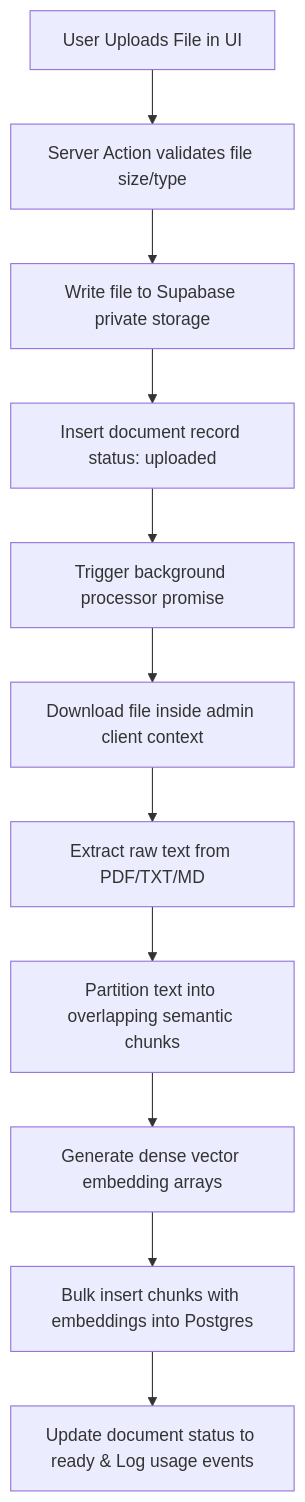
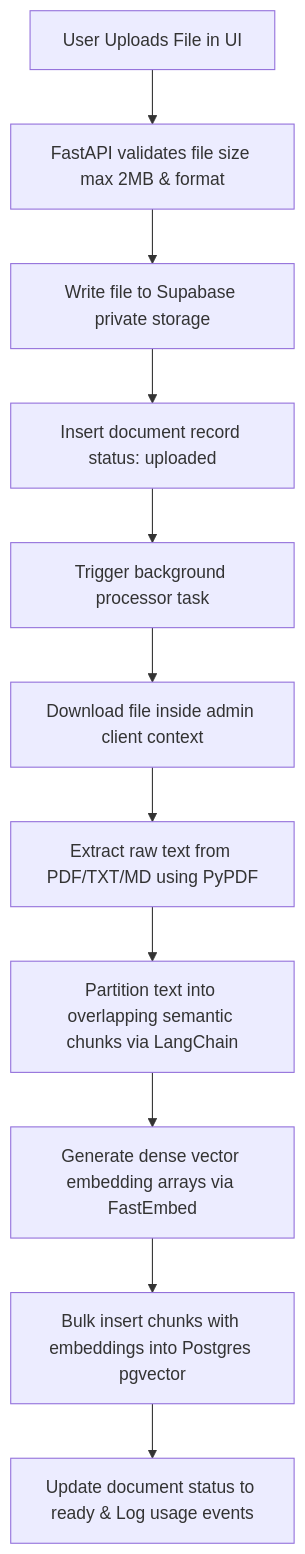
The first of 2 diagrams in README.md (madalapranavsai/RAG1), drawn with Mermaid before and after one commit. The commit also changed other lines of this file and 80 other files, not shown here.

````diff
--- a/README.md
+++ b/README.md
@@ -12,13 +12,13 @@
 ```mermaid
 flowchart TD
-    A[User Uploads File in UI] --> B[Server Action validates file size/type]
+    A[User Uploads File in UI] --> B[FastAPI validates file size max 2MB & format]
     B --> C[Write file to Supabase private storage]
     C --> D[Insert document record status: uploaded]
-    D --> E[Trigger background processor promise]
+    D --> E[Trigger background processor task]
     E --> F[Download file inside admin client context]
-    F --> G[Extract raw text from PDF/TXT/MD]
-    G --> H[Partition text into overlapping semantic chunks]
-    H --> I[Generate dense vector embedding arrays]
-    I --> J[Bulk insert chunks with embeddings into Postgres]
+    F --> G[Extract raw text from PDF/TXT/MD using PyPDF]
+    G --> H[Partition text into overlapping semantic chunks via LangChain]
+    H --> I[Generate dense vector embedding arrays via FastEmbed]
+    I --> J[Bulk insert chunks with embeddings into Postgres pgvector]
     J --> K[Update document status to ready & Log usage events]
 ```
````
